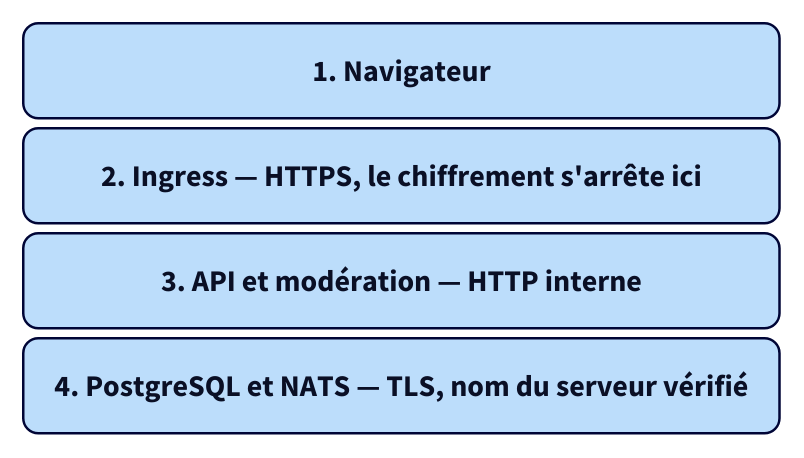
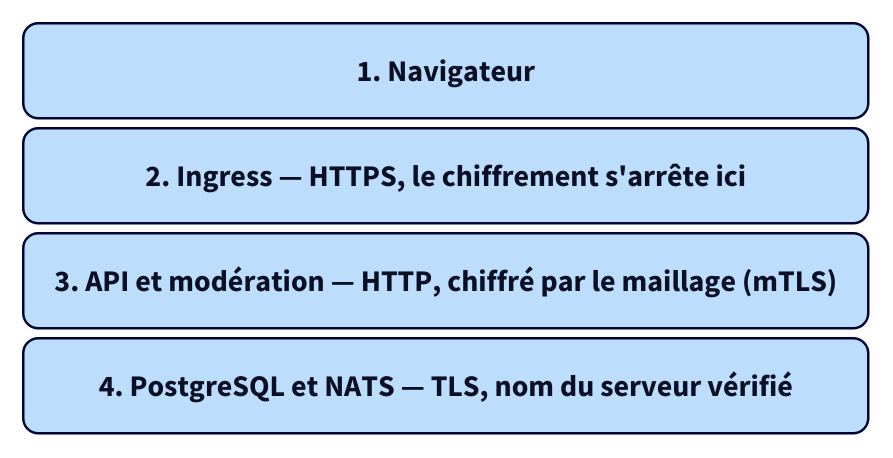
One commit to kitaah/pme changed the diagram in docs/securite/chiffrement.md. Above: the diagram before and after it, drawn with D2. The commit also changed other lines of this file and 20 other files, not shown here.

````diff
--- a/docs/securite/chiffrement.md
+++ b/docs/securite/chiffrement.md
@@ -41,30 +49,30 @@
 ```d2
 vars: {
   d2-config: {
     layout-engine: elk
     theme-id: 5
     pad: 8
   }
 }
 
 # Mise en forme commune : texte lisible à la largeur de la page, angles arrondis
 classes: {
   boite: {
     style: {
       font-size: 24
       border-radius: 12
     }
   }
 }
 
 chaine: "" {
   grid-rows: 4
   grid-gap: 8
   style.opacity: 0
 
   navigateur: "1. Navigateur" {class: boite}
   https: "2. Ingress — HTTPS, le chiffrement s'arrête ici" {class: boite}
-  services: "3. API et modération — HTTP interne" {class: boite}
+  services: "3. API et modération — HTTP, chiffré par le maillage (mTLS)" {class: boite}
   donnees: "4. PostgreSQL et NATS — TLS, nom du serveur vérifié" {class: boite}
 }
 ```
````
